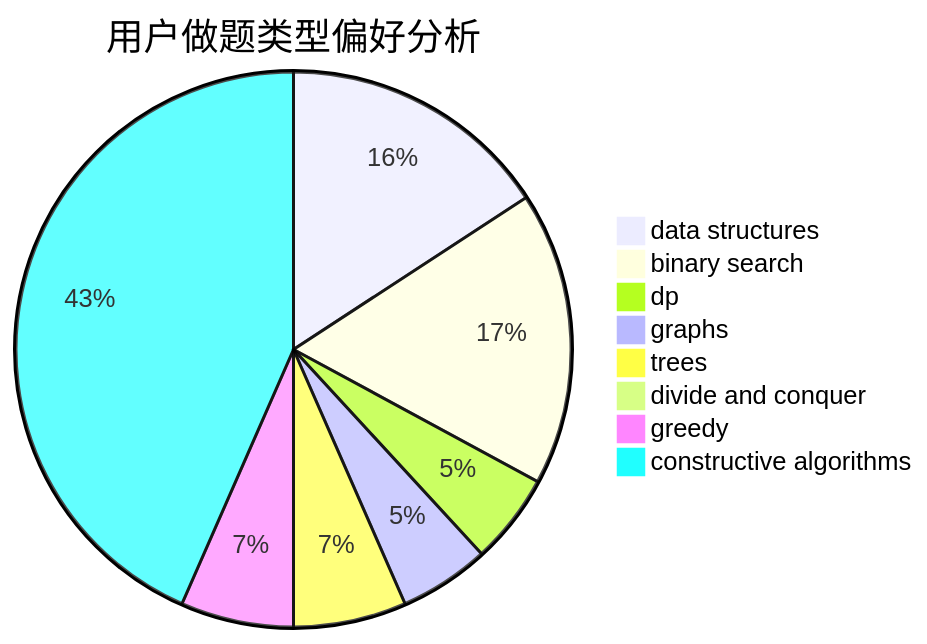
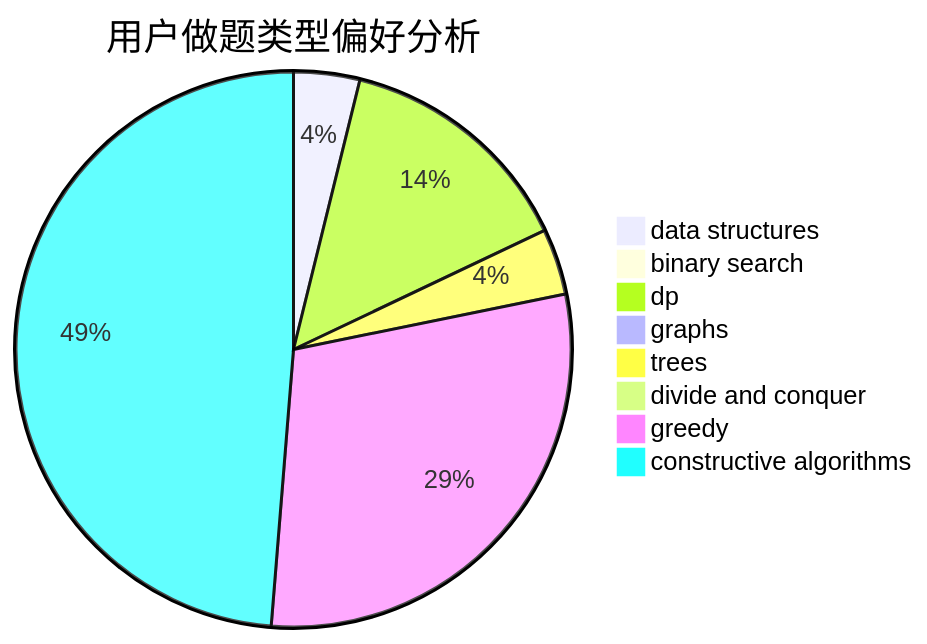
Before and after one commit to sherpahu/cfrs.github.io: the second of 3 diagrams in docs/user/u969.md, drawn with Mermaid. The commit also changed other lines of this file and 2770 other files, not shown here.

````diff
--- a/docs/user/u969.md
+++ b/docs/user/u969.md
@@ -23,11 +23,11 @@
 ```mermaid
 pie title 用户做题类型偏好分析
-    "data structures" :  12
-    "binary search" :  13
-    "dp" :  4
-    "graphs" :  4
-    "trees" :  5
+    "data structures" :  3
+    "binary search" :  0
+    "dp" :  11
+    "graphs" :  0
+    "trees" :  3
     "divide and conquer" :  0
-    "greedy" :  5
-    "constructive algorithms" :  33
+    "greedy" :  23
+    "constructive algorithms" :  38
 ```
````
